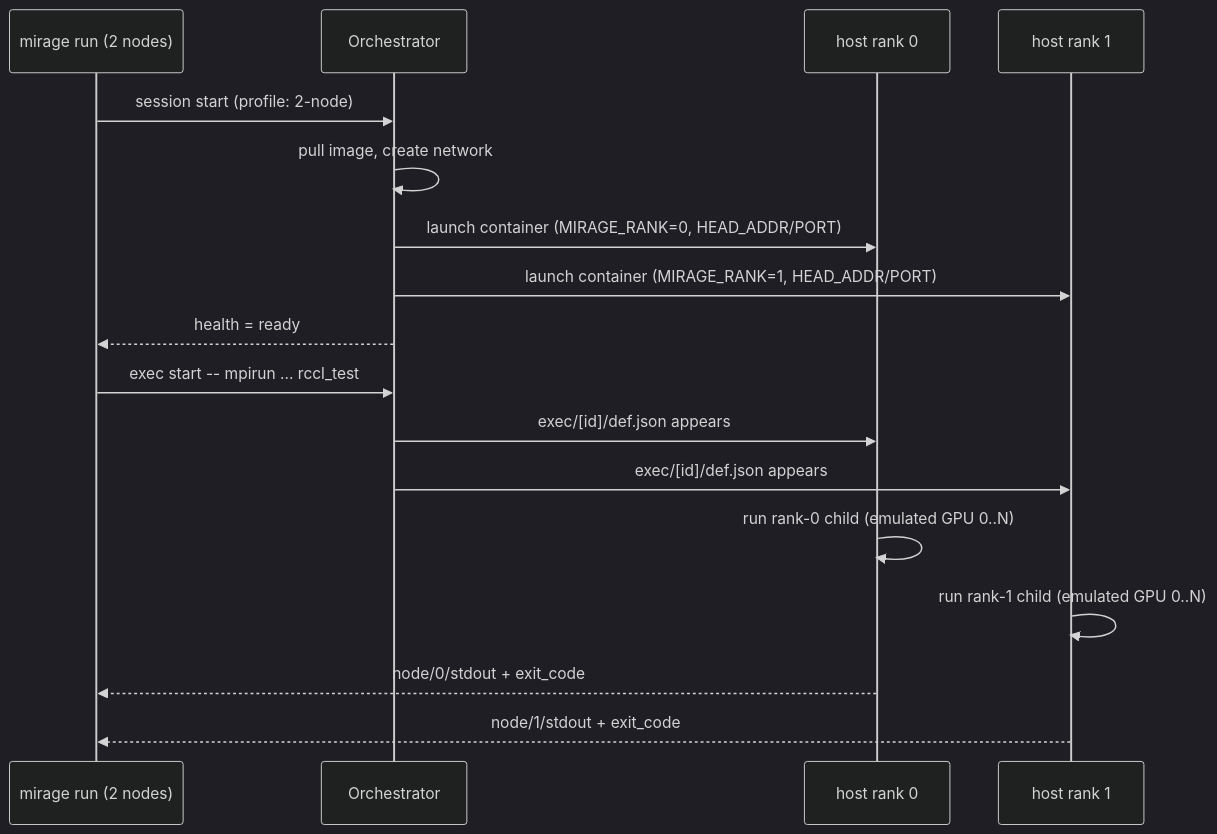
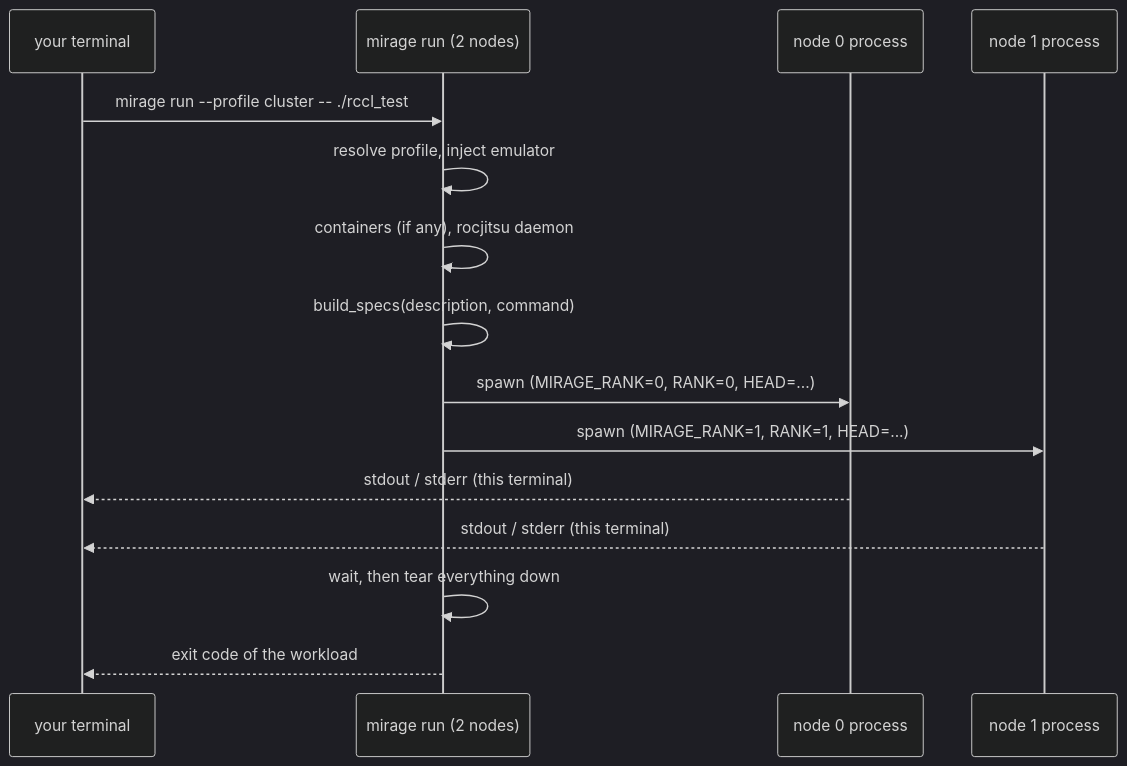
Before and after one commit to ROCm/rocm-systems: diagram 13 of 14 in emulation/mirage/docs/demo-debugging-at-scale.md, drawn with Mermaid (dark theme). The commit also changed other lines of this file and 107 other files, not shown here.

````diff
--- a/emulation/mirage/docs/demo-debugging-at-scale.md
+++ b/emulation/mirage/docs/demo-debugging-at-scale.md
@@ -438,19 +441,17 @@
 ```mermaid
 sequenceDiagram
-    participant CLI as mirage run (2 nodes)
-    participant ORCH as Orchestrator
-    participant H0 as host rank 0
-    participant H1 as host rank 1
-    CLI->>ORCH: session start (profile: 2-node)
-    ORCH->>ORCH: pull image, create network
-    ORCH->>H0: launch container (MIRAGE_RANK=0, HEAD_ADDR/PORT)
-    ORCH->>H1: launch container (MIRAGE_RANK=1, HEAD_ADDR/PORT)
-    ORCH-->>CLI: health = ready
-    CLI->>ORCH: exec start -- mpirun ... rccl_test
-    ORCH->>H0: exec/[id]/def.json appears
-    ORCH->>H1: exec/[id]/def.json appears
-    H0->>H0: run rank-0 child (emulated GPU 0..N)
-    H1->>H1: run rank-1 child (emulated GPU 0..N)
-    H0-->>CLI: node/0/stdout + exit_code
-    H1-->>CLI: node/1/stdout + exit_code
+    participant U as your terminal
+    participant RUN as mirage run (2 nodes)
+    participant N0 as node 0 process
+    participant N1 as node 1 process
+    U->>RUN: mirage run --profile cluster -- ./rccl_test
+    RUN->>RUN: resolve profile, inject emulator
+    RUN->>RUN: containers (if any), rocjitsu daemon
+    RUN->>RUN: build_specs(description, command)
+    RUN->>N0: spawn (MIRAGE_RANK=0, RANK=0, HEAD=...)
+    RUN->>N1: spawn (MIRAGE_RANK=1, RANK=1, HEAD=...)
+    N0-->>U: stdout / stderr (this terminal)
+    N1-->>U: stdout / stderr (this terminal)
+    RUN->>RUN: wait, then tear everything down
+    RUN-->>U: exit code of the workload
 ```
````
